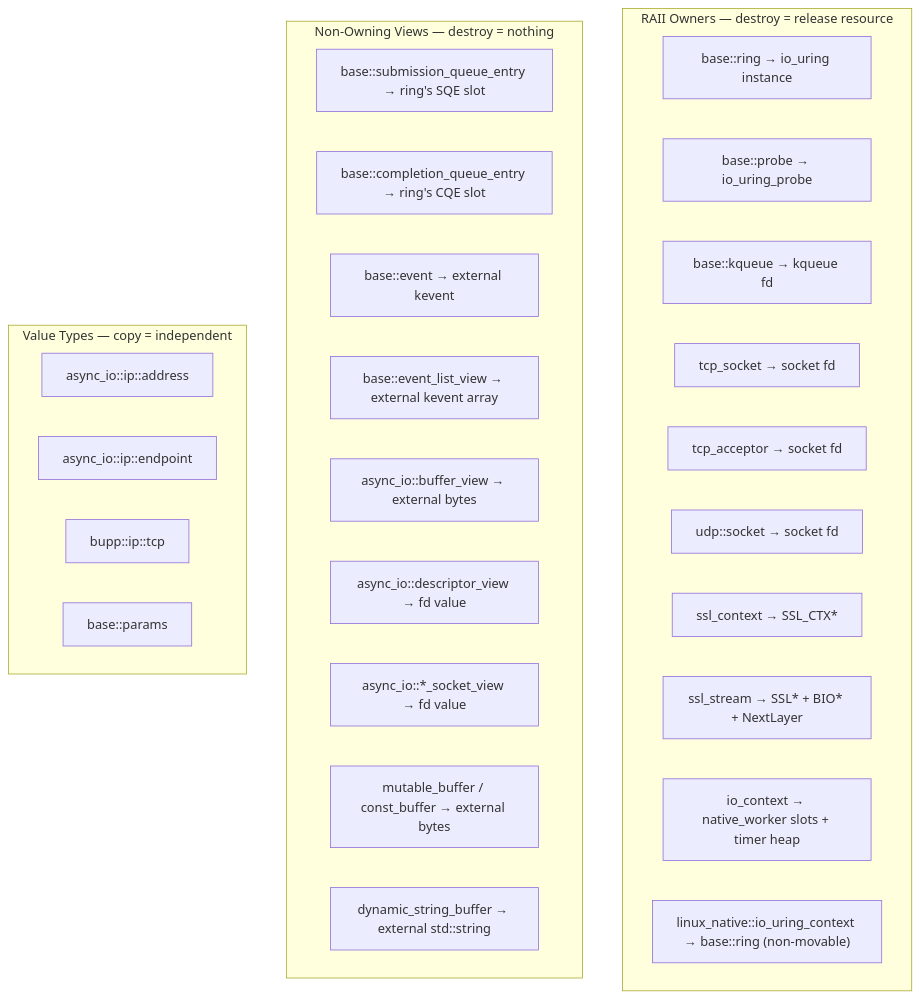
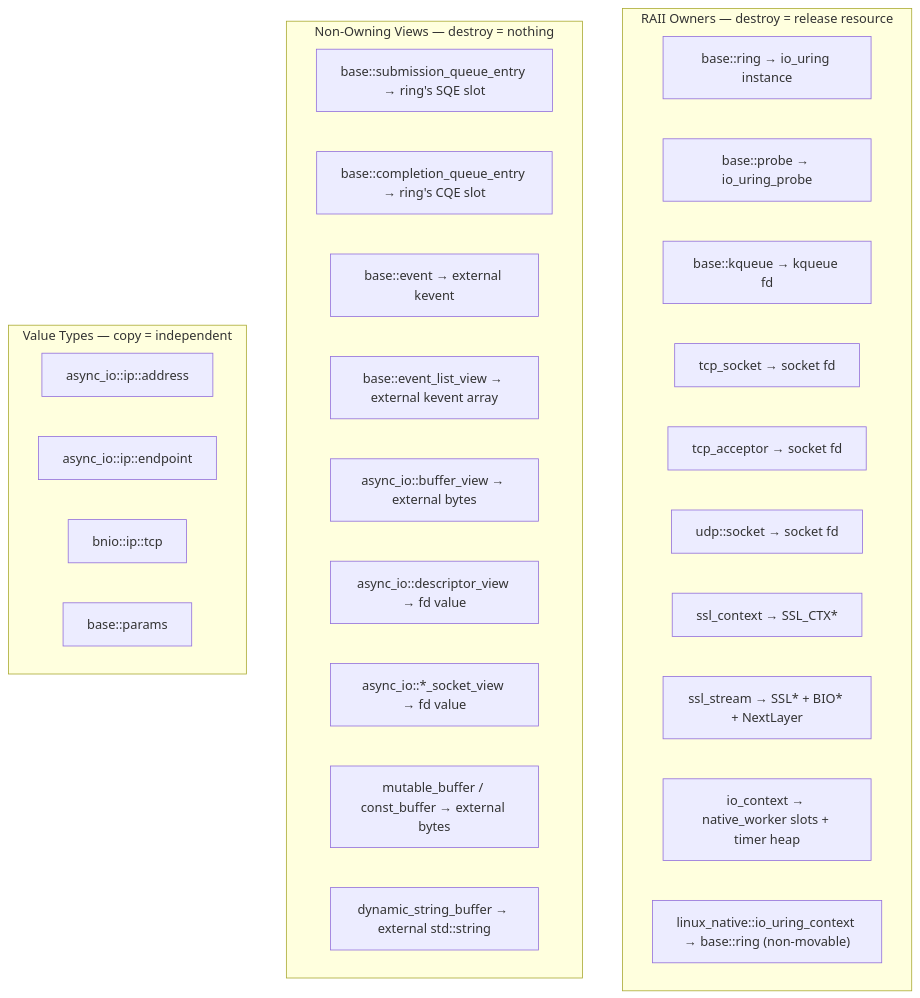
The first of 3 diagrams in docs/design/lifecycle.md (haomingbai/bnio), drawn with Mermaid before and after one commit. The commit also changed other lines of this file and 428 other files, not shown here.

First line of the commit message:
refactor!: rename project from bupp to bnio

````diff
--- a/docs/design/lifecycle.md
+++ b/docs/design/lifecycle.md
@@ -12,34 +12,34 @@
 ```mermaid
 graph TB
     subgraph OWN["RAII Owners — destroy = release resource"]
         O1["base::ring → io_uring instance"]
         O2["base::probe → io_uring_probe"]
         O3["base::kqueue → kqueue fd"]
         O4["tcp_socket → socket fd"]
         O5["tcp_acceptor → socket fd"]
         O5b["udp::socket → socket fd"]
         O6["ssl_context → SSL_CTX*"]
         O7["ssl_stream → SSL* + BIO* + NextLayer"]
         O8["io_context → native_worker slots + timer heap"]
         O9["linux_native::io_uring_context → base::ring (non-movable)"]
     end
 
     subgraph VIEW["Non-Owning Views — destroy = nothing"]
         V1["base::submission_queue_entry → ring's SQE slot"]
         V2["base::completion_queue_entry → ring's CQE slot"]
         V3["base::event → external kevent"]
         V4["base::event_list_view → external kevent array"]
         V5["async_io::buffer_view → external bytes"]
         V6["async_io::descriptor_view → fd value"]
         V7["async_io::*_socket_view → fd value"]
         V8["mutable_buffer / const_buffer → external bytes"]
         V9["dynamic_string_buffer → external std::string"]
     end
 
     subgraph VAL["Value Types — copy = independent"]
         VL1["async_io::ip::address"]
         VL2["async_io::ip::endpoint"]
-        VL3["bupp::ip::tcp"]
+        VL3["bnio::ip::tcp"]
         VL4["base::params"]
     end
 ```
````
